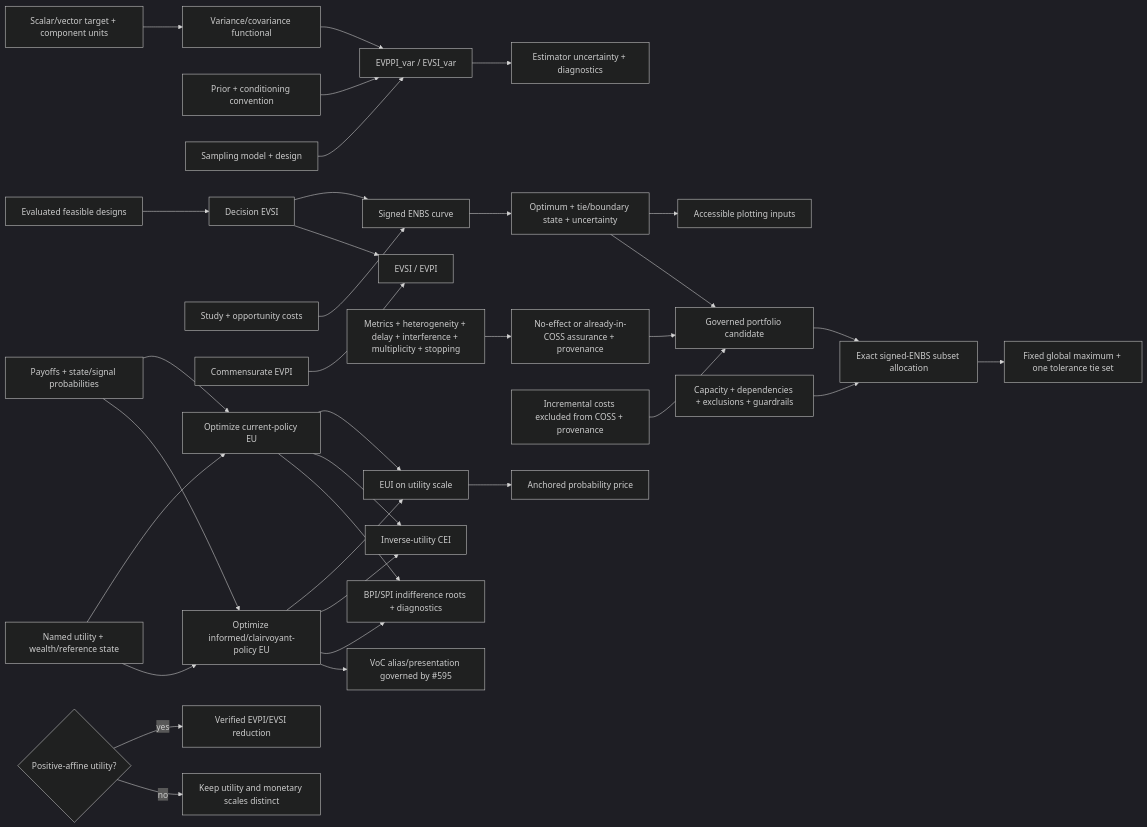
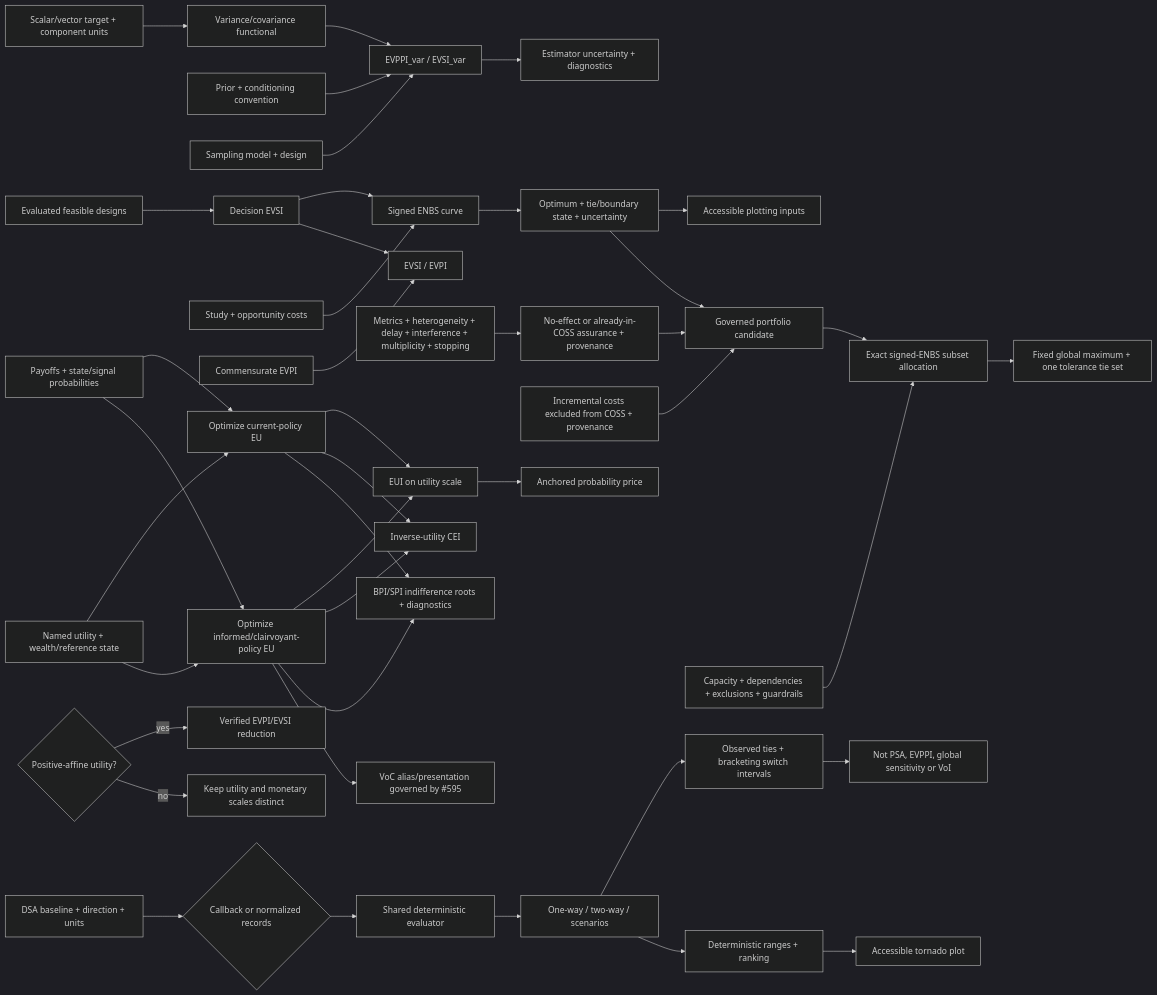
Before and after one commit to edithatogo/voiage: the third of 7 diagrams in conductor/design.md, drawn with Mermaid (dark theme). The commit also changed 89 other files, not shown here.

````diff
--- a/conductor/design.md
+++ b/conductor/design.md
@@ -44,38 +44,46 @@
 ```mermaid
 flowchart LR
     Target["Scalar/vector target + component units"] --> Functional["Variance/covariance functional"]
     Conditioning["Prior + conditioning convention"] --> Estimation["EVPPI_var / EVSI_var"]
     Sampling["Sampling model + design"] --> Estimation
     Functional --> Estimation
     Estimation --> Assurance["Estimator uncertainty + diagnostics"]
 
     Designs["Evaluated feasible designs"] --> EVSI["Decision EVSI"]
     EVSI --> ENBS["Signed ENBS curve"]
     Costs["Study + opportunity costs"] --> ENBS
     ENBS --> COSS["Optimum + tie/boundary state + uncertainty"]
     COSS --> Plot["Accessible plotting inputs"]
     EVSI --> Ratio["EVSI / EVPI"]
     EVPI["Commensurate EVPI"] --> Ratio
     COSS --> Candidate["Governed portfolio candidate"]
     PortfolioSemantics["Metrics + heterogeneity + delay + interference + multiplicity + stopping"] --> AssuranceDeclaration["No-effect or already-in-COSS assurance + provenance"]
     AssuranceDeclaration --> Candidate
     DisjointCosts["Incremental costs excluded from COSS + provenance"] --> Candidate
     Candidate --> Portfolio["Exact signed-ENBS subset allocation"]
     PortfolioConstraints["Capacity + dependencies + exclusions + guardrails"] --> Portfolio
     Portfolio --> GlobalTieSet["Fixed global maximum + one tolerance tie set"]
 
     Payoffs["Payoffs + state/signal probabilities"] --> CurrentEU["Optimize current-policy EU"]
     Utility["Named utility + wealth/reference state"] --> CurrentEU
     Utility --> InformedEU["Optimize informed/clairvoyant-policy EU"]
     Payoffs --> InformedEU
     CurrentEU --> EUI["EUI on utility scale"]
     InformedEU --> EUI
     CurrentEU --> CEI["Inverse-utility CEI"]
     InformedEU --> CEI
     CurrentEU --> Roots["BPI/SPI indifference roots + diagnostics"]
     InformedEU --> Roots
     EUI --> PPI["Anchored probability price"]
     InformedEU --> VoC["VoC alias/presentation governed by #595"]
     Affine{"Positive-affine utility?"} -->|yes| Monetary["Verified EVPI/EVSI reduction"]
     Affine -->|no| DistinctScale["Keep utility and monetary scales distinct"]
+
+    DSABaseline["DSA baseline + direction + units"] --> DSAAdapter{"Callback or normalized records"}
+    DSAAdapter --> DSAEvaluator["Shared deterministic evaluator"]
+    DSAEvaluator --> DSASurfaces["One-way / two-way / scenarios"]
+    DSASurfaces --> DSASwitches["Observed ties + bracketing switch intervals"]
+    DSASurfaces --> DSARanking["Deterministic ranges + ranking"]
+    DSARanking --> DSATornado["Accessible tornado plot"]
+    DSASwitches --> DSABoundary["Not PSA, EVPPI, global sensitivity or VoI"]
 ```
````
